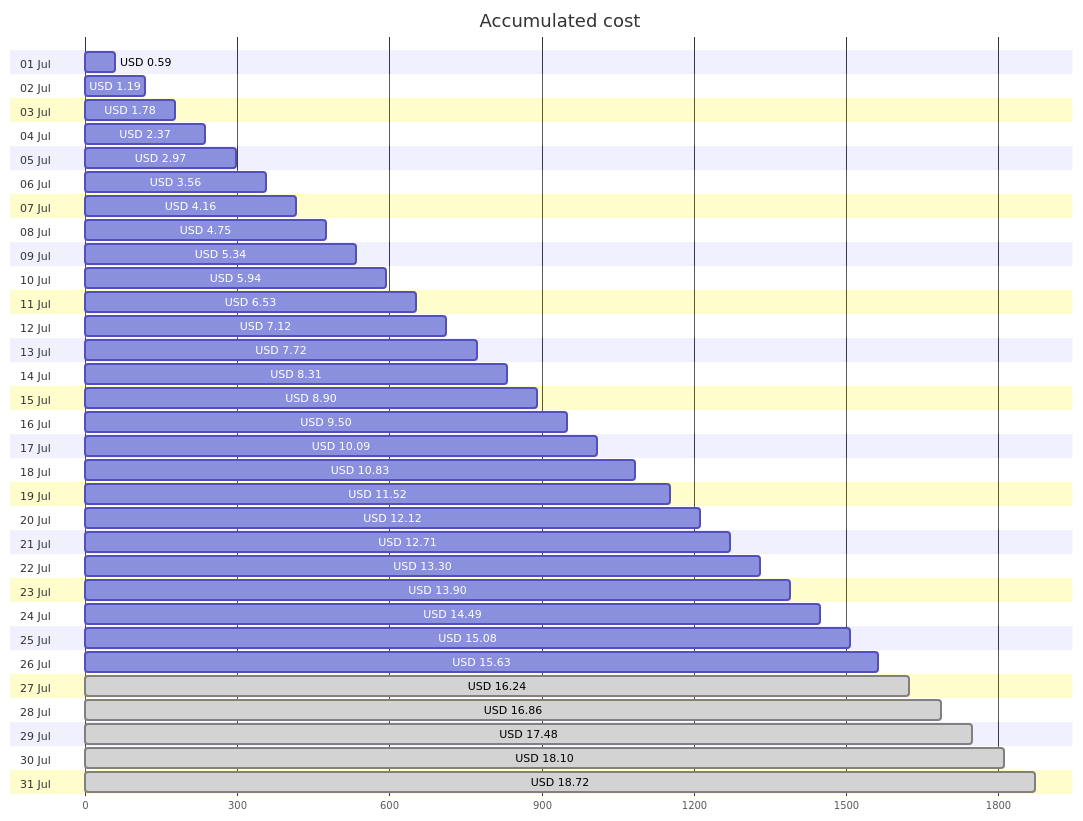
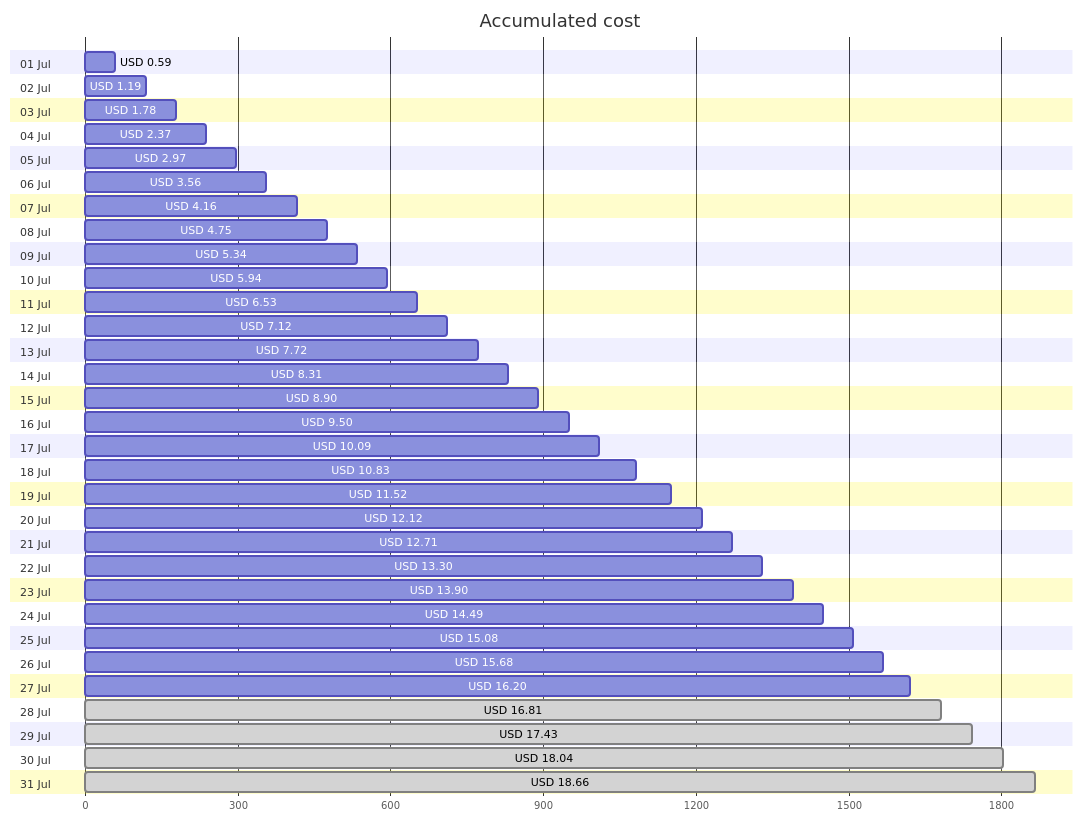
The first of 4 diagrams in cost-reports/personal-site/README.md (jpfulton/azure-personal-reports), drawn with Mermaid before and after one commit. The commit also changed other lines of this file and 6 other files, not shown here.

````diff
--- a/cost-reports/personal-site/README.md
+++ b/cost-reports/personal-site/README.md
@@ -20,68 +20,68 @@
 ```mermaid
 gantt
    title Accumulated cost
    dateFormat  X
    axisFormat %s
    section 01 Jul
    USD 0.59 :0, 59
    section 02 Jul
    USD 1.19 :0, 119
    section 03 Jul
    USD 1.78 :0, 178
    section 04 Jul
    USD 2.37 :0, 237
    section 05 Jul
    USD 2.97 :0, 297
    section 06 Jul
    USD 3.56 :0, 356
    section 07 Jul
    USD 4.16 :0, 416
    section 08 Jul
    USD 4.75 :0, 475
    section 09 Jul
    USD 5.34 :0, 534
    section 10 Jul
    USD 5.94 :0, 594
    section 11 Jul
    USD 6.53 :0, 653
    section 12 Jul
    USD 7.12 :0, 712
    section 13 Jul
    USD 7.72 :0, 772
    section 14 Jul
    USD 8.31 :0, 831
    section 15 Jul
    USD 8.90 :0, 890
    section 16 Jul
    USD 9.50 :0, 950
    section 17 Jul
    USD 10.09 :0, 1009
    section 18 Jul
    USD 10.83 :0, 1083
    section 19 Jul
    USD 11.52 :0, 1152
    section 20 Jul
    USD 12.12 :0, 1212
    section 21 Jul
    USD 12.71 :0, 1271
    section 22 Jul
    USD 13.30 :0, 1330
    section 23 Jul
    USD 13.90 :0, 1390
    section 24 Jul
    USD 14.49 :0, 1449
    section 25 Jul
    USD 15.08 :0, 1508
    section 26 Jul
-   USD 15.63 :0, 1563
+   USD 15.68 :0, 1568
    section 27 Jul
-   USD 16.24 : done, 0, 1624
+   USD 16.20 :0, 1620
    section 28 Jul
-   USD 16.86 : done, 0, 1686
+   USD 16.81 : done, 0, 1681
    section 29 Jul
-   USD 17.48 : done, 0, 1748
+   USD 17.43 : done, 0, 1743
    section 30 Jul
-   USD 18.10 : done, 0, 1810
+   USD 18.04 : done, 0, 1804
    section 31 Jul
-   USD 18.72 : done, 0, 1872
+   USD 18.66 : done, 0, 1866
 ```
````
